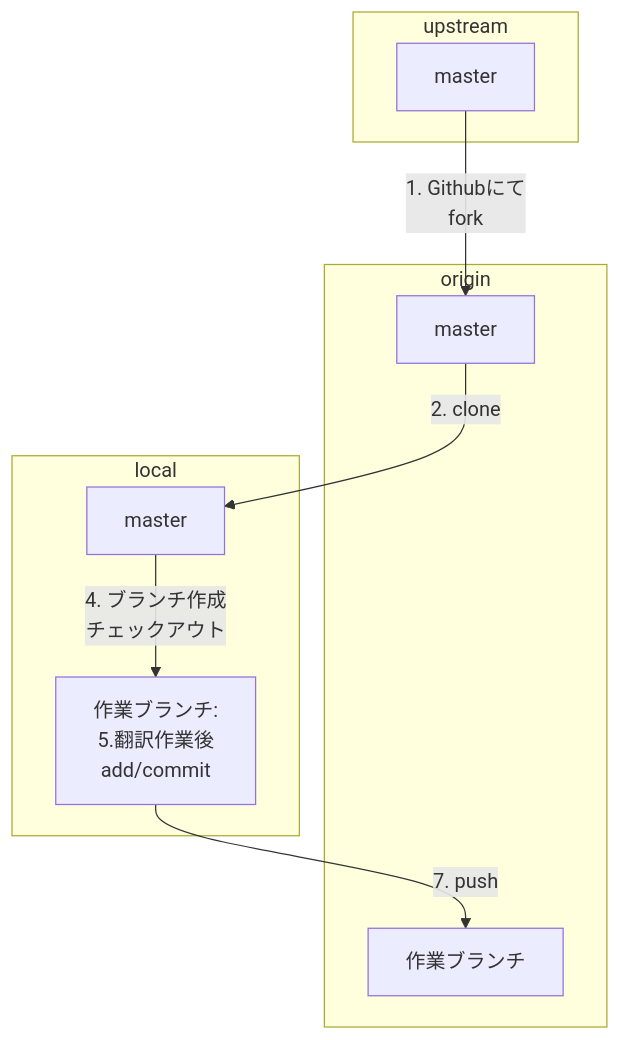
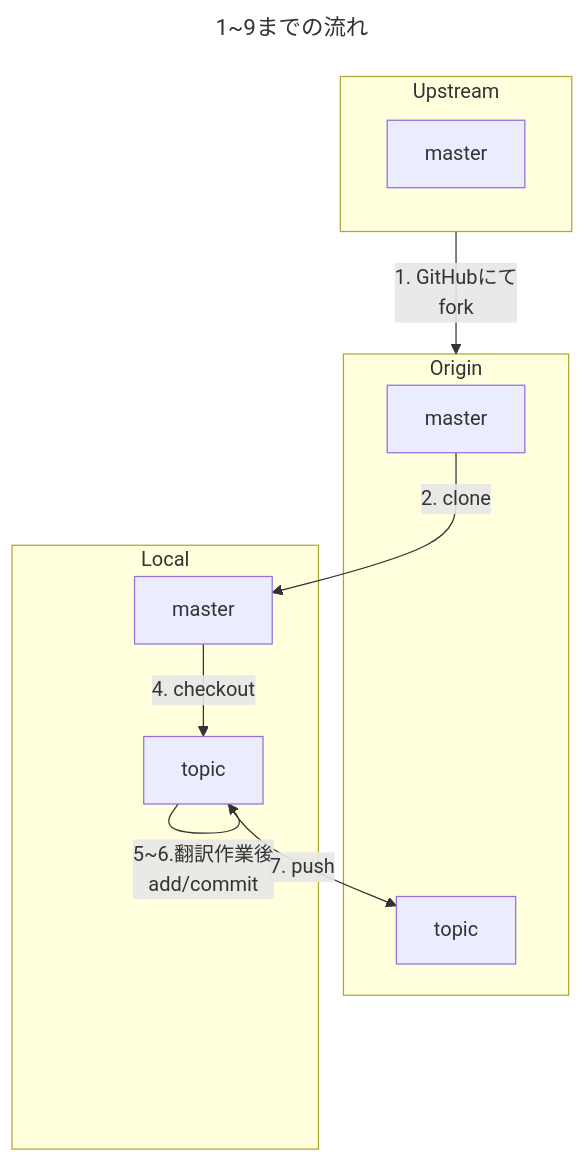
Before and after one commit to yo-goto/zenn-public-repo: the fourth of 6 diagrams in articles/translate-with-gitandgithub.md, drawn with Mermaid. The commit also changed other lines of this file, not shown here.

````diff
--- a/articles/translate-with-gitandgithub.md
+++ b/articles/translate-with-gitandgithub.md
@@ -131,18 +239,22 @@
 ```mermaid
+---
+title: 1~9までの流れ
+---
 graph TD
-	A[master] -->|1. Githubにて<br>fork|B[master]
-	subgraph upstream
-	A
+	Upstream -->|1. GitHubにて<br>fork| Origin
+	subgraph Upstream
+	A[master]
 	end
-	subgraph origin
-	B
-	E[作業ブランチ]
+	subgraph Origin
+	B[master]
+	E[topic]
 	end
-	subgraph local
+	subgraph Local
 	C[master]
-	D[作業ブランチ:<br>5.翻訳作業後<br>add/commit]
-	C -->|4. ブランチ作成<br>チェックアウト|D
+	D[topic]
+  D -->|5~6.翻訳作業後<br>add/commit| D
+	C -->|4. checkout|D
 	end
 	B -->|2. clone|C
 	D -->|7. push|E
 ```
````
